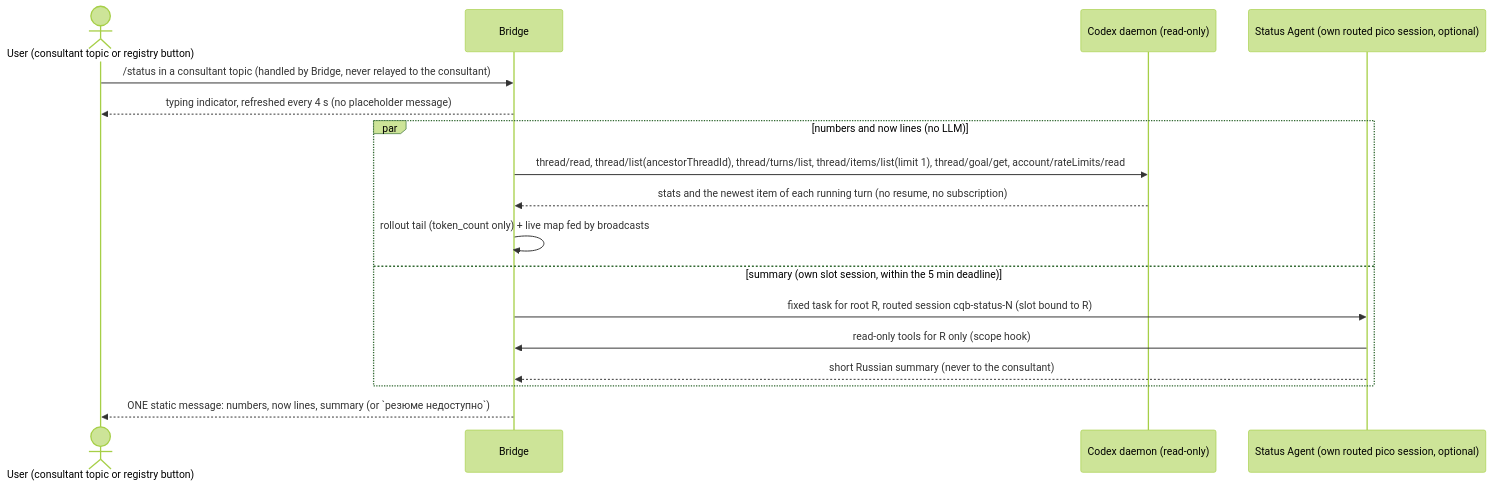
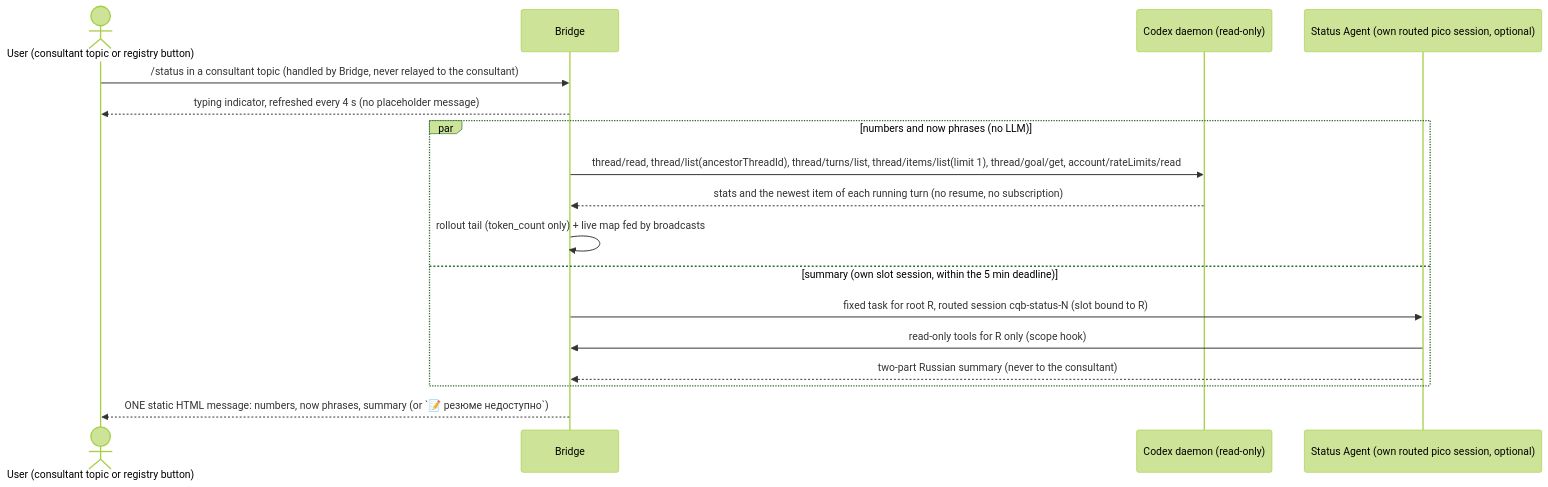
Before and after one commit to todaysday/codex-questions-bridge: the second of 2 diagrams in doc/Codex_Questions_Bridge_Design.md, drawn with Mermaid (forest theme). The commit also changed other lines of this file and 75 other files, not shown here.

````diff
--- a/doc/Codex_Questions_Bridge_Design.md
+++ b/doc/Codex_Questions_Bridge_Design.md
@@ -348,19 +354,19 @@
 ```mermaid
 sequenceDiagram
     actor U as User (consultant topic or registry button)
     participant B as Bridge
     participant D as Codex daemon (read-only)
     participant S as Status Agent (own routed pico session, optional)
     U->>B: /status in a consultant topic (handled by Bridge, never relayed to the consultant)
     B-->>U: typing indicator, refreshed every 4 s (no placeholder message)
-    par numbers and now lines (no LLM)
+    par numbers and now phrases (no LLM)
         B->>D: thread/read, thread/list(ancestorThreadId), thread/turns/list, thread/items/list(limit 1), thread/goal/get, account/rateLimits/read
         D-->>B: stats and the newest item of each running turn (no resume, no subscription)
         B->>B: rollout tail (token_count only) + live map fed by broadcasts
     and summary (own slot session, within the 5 min deadline)
         B->>S: fixed task for root R, routed session cqb-status-N (slot bound to R)
         S->>B: read-only tools for R only (scope hook)
-        S-->>B: short Russian summary (never to the consultant)
+        S-->>B: two-part Russian summary (never to the consultant)
     end
-    B-->>U: ONE static message: numbers, now lines, summary (or `резюме недоступно`)
+    B-->>U: ONE static HTML message: numbers, now phrases, summary (or `📝 резюме недоступно`)
 ```
````
